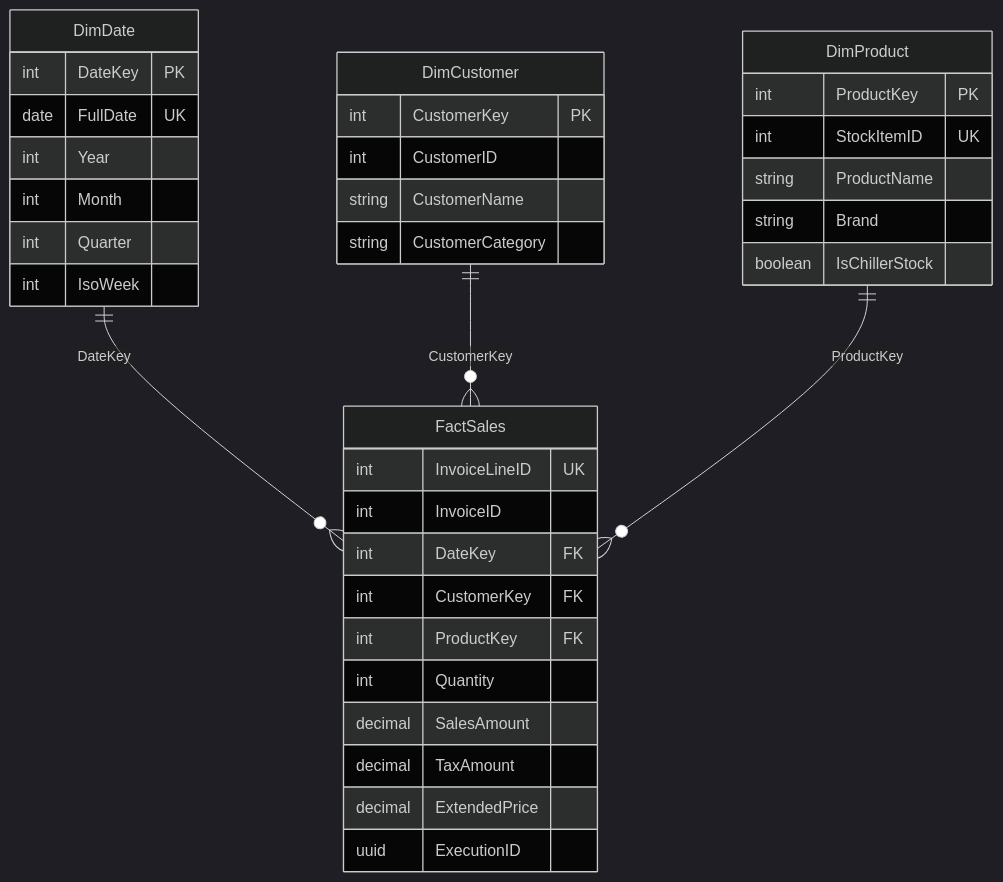
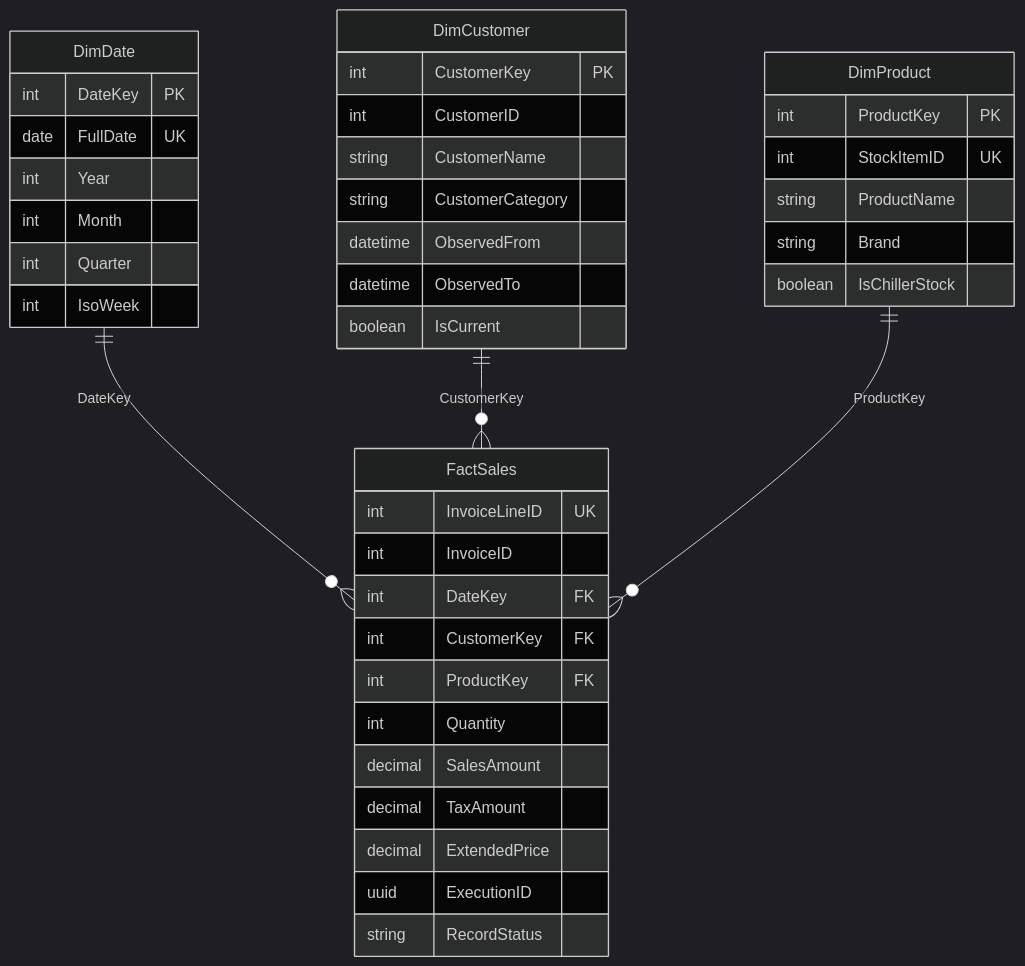
One commit to Daniel8212/plataforma-analitica changed the diagram in documentation/modelo-ventas.md. Above: the diagram before and after it, drawn with Mermaid (dark theme). The commit also changed other lines of this file and 21 other files, not shown here.

````diff
--- a/documentation/modelo-ventas.md
+++ b/documentation/modelo-ventas.md
@@ -35,39 +35,43 @@
 ```mermaid
 erDiagram
   DimDate ||--o{ FactSales : DateKey
   DimCustomer ||--o{ FactSales : CustomerKey
   DimProduct ||--o{ FactSales : ProductKey
   DimDate {
     int DateKey PK
     date FullDate UK
     int Year
     int Month
     int Quarter
     int IsoWeek
   }
   DimCustomer {
     int CustomerKey PK
     int CustomerID
     string CustomerName
     string CustomerCategory
+    datetime ObservedFrom
+    datetime ObservedTo
+    boolean IsCurrent
   }
   DimProduct {
     int ProductKey PK
     int StockItemID UK
     string ProductName
     string Brand
     boolean IsChillerStock
   }
   FactSales {
     int InvoiceLineID UK
     int InvoiceID
     int DateKey FK
     int CustomerKey FK
     int ProductKey FK
     int Quantity
     decimal SalesAmount
     decimal TaxAmount
     decimal ExtendedPrice
     uuid ExecutionID
+    string RecordStatus
   }
 ```
````
